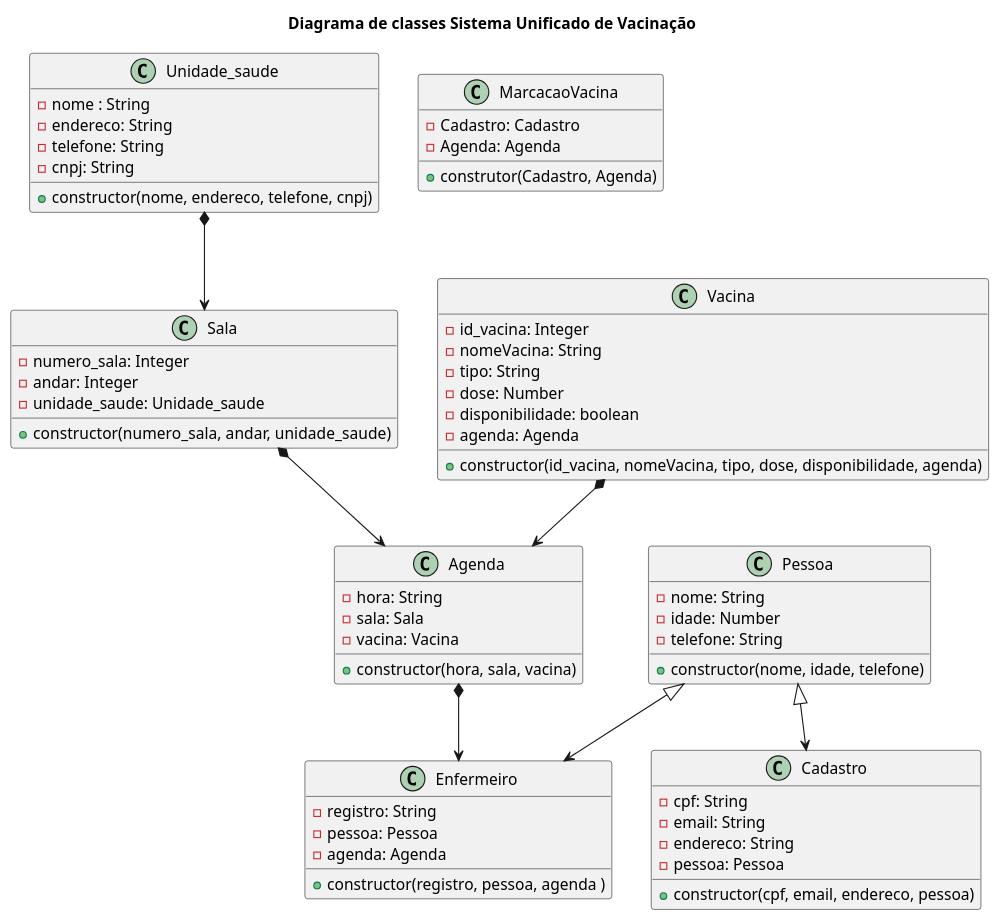
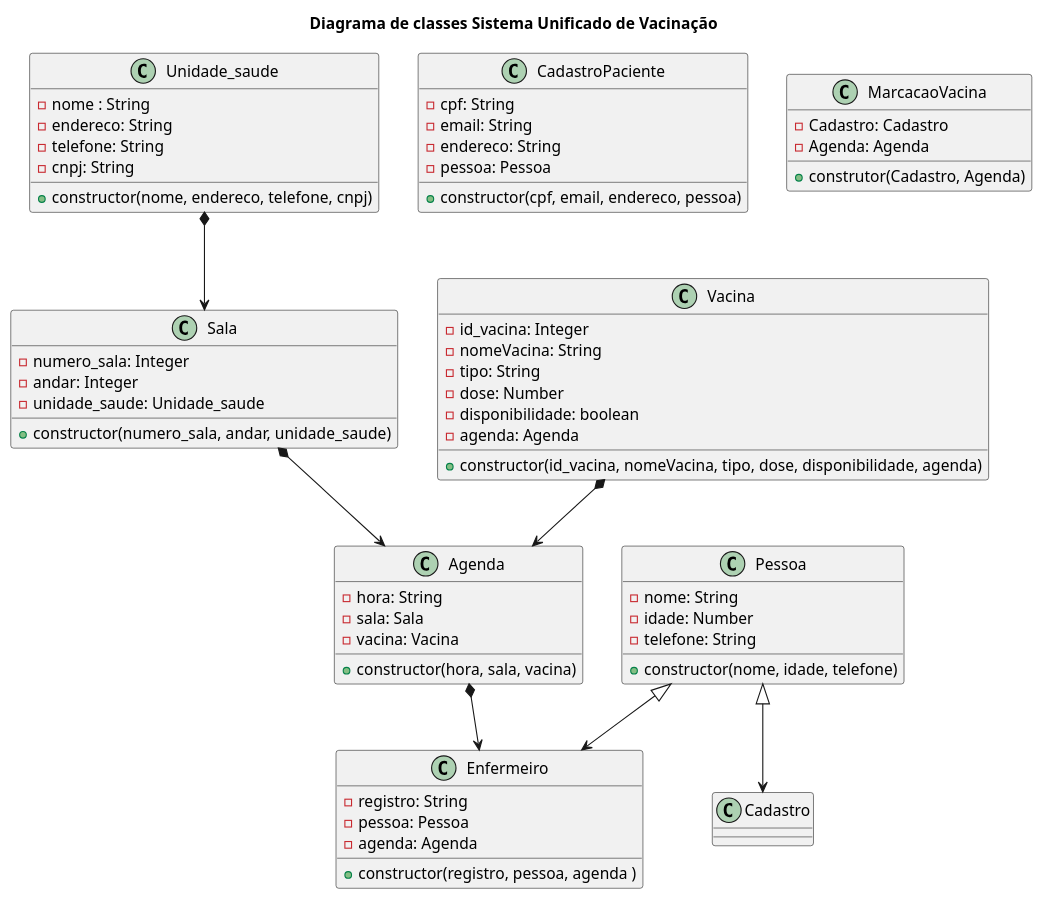
Before and after one commit to anleaes/2022-1-N2-POO-01: the diagram in diagrama_classe.plantuml, drawn with PlantUML.

Commit message:
atualizacao da classe cadastroPaciente

```diff
--- a/diagrama_classe.plantuml
+++ b/diagrama_classe.plantuml
@@ -1,72 +1,72 @@
 @startuml
 
 title Diagrama de classes Sistema Unificado de Vacinação
 
 class Unidade_saude{
     - nome : String
     - endereco: String
     - telefone: String
     - cnpj: String
     + constructor(nome, endereco, telefone, cnpj)
 }
 
 class Sala{
     - numero_sala: Integer
     - andar: Integer
     - unidade_saude: Unidade_saude 
     + constructor(numero_sala, andar, unidade_saude)
 }
 
 class Agenda{
     - hora: String
     - sala: Sala
     - vacina: Vacina
     + constructor(hora, sala, vacina)
 }
 
 
 Class Vacina{
     - id_vacina: Integer
     - nomeVacina: String
     - tipo: String
     - dose: Number
     - disponibilidade: boolean
     - agenda: Agenda
     + constructor(id_vacina, nomeVacina, tipo, dose, disponibilidade, agenda)
 }
 
 class Pessoa{
     - nome: String
     - idade: Number
     - telefone: String
     + constructor(nome, idade, telefone)
 }
 
-class Cadastro {
+class CadastroPaciente {
     - cpf: String
     - email: String
     - endereco: String
     - pessoa: Pessoa
     + constructor(cpf, email, endereco, pessoa)
 }
 
 class Enfermeiro {
     - registro: String
     - pessoa: Pessoa
     - agenda: Agenda
     + constructor(registro, pessoa, agenda )
 }
 
 class MarcacaoVacina{
     - Cadastro: Cadastro
     - Agenda: Agenda
     + construtor(Cadastro, Agenda)
 }
 Pessoa <|--> Cadastro
 Pessoa <|--> Enfermeiro
 Unidade_saude *--> Sala
 Sala *--> Agenda
 Vacina *--> Agenda
 Agenda *--> Enfermeiro
 
 @enduml
```
